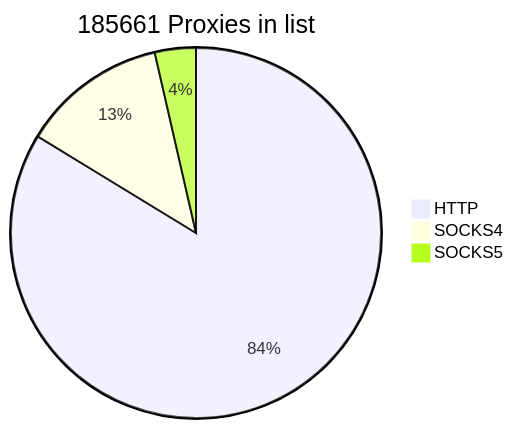
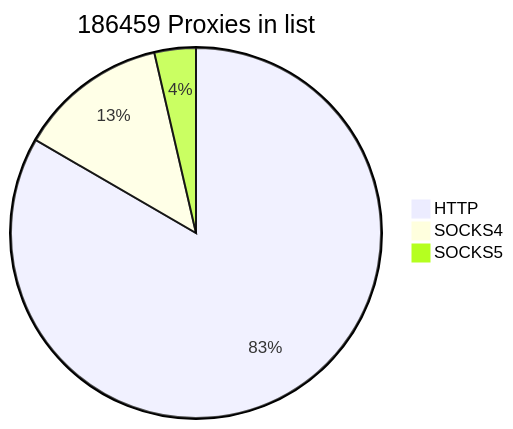
The first of 2 diagrams in README.md (cutipu/proxylist), drawn with Mermaid before and after one commit. The commit also changed other lines of this file, not shown here.

````diff
--- a/README.md
+++ b/README.md
@@ -2,7 +2,7 @@
 ```mermaid
-pie title 185661 Proxies in list
+pie title 186459 Proxies in list
     "HTTP" : 155436
-    "SOCKS4" : 23575
-    "SOCKS5" : 6650
+    "SOCKS4" : 24277
+    "SOCKS5" : 6746
             
 ```
````
